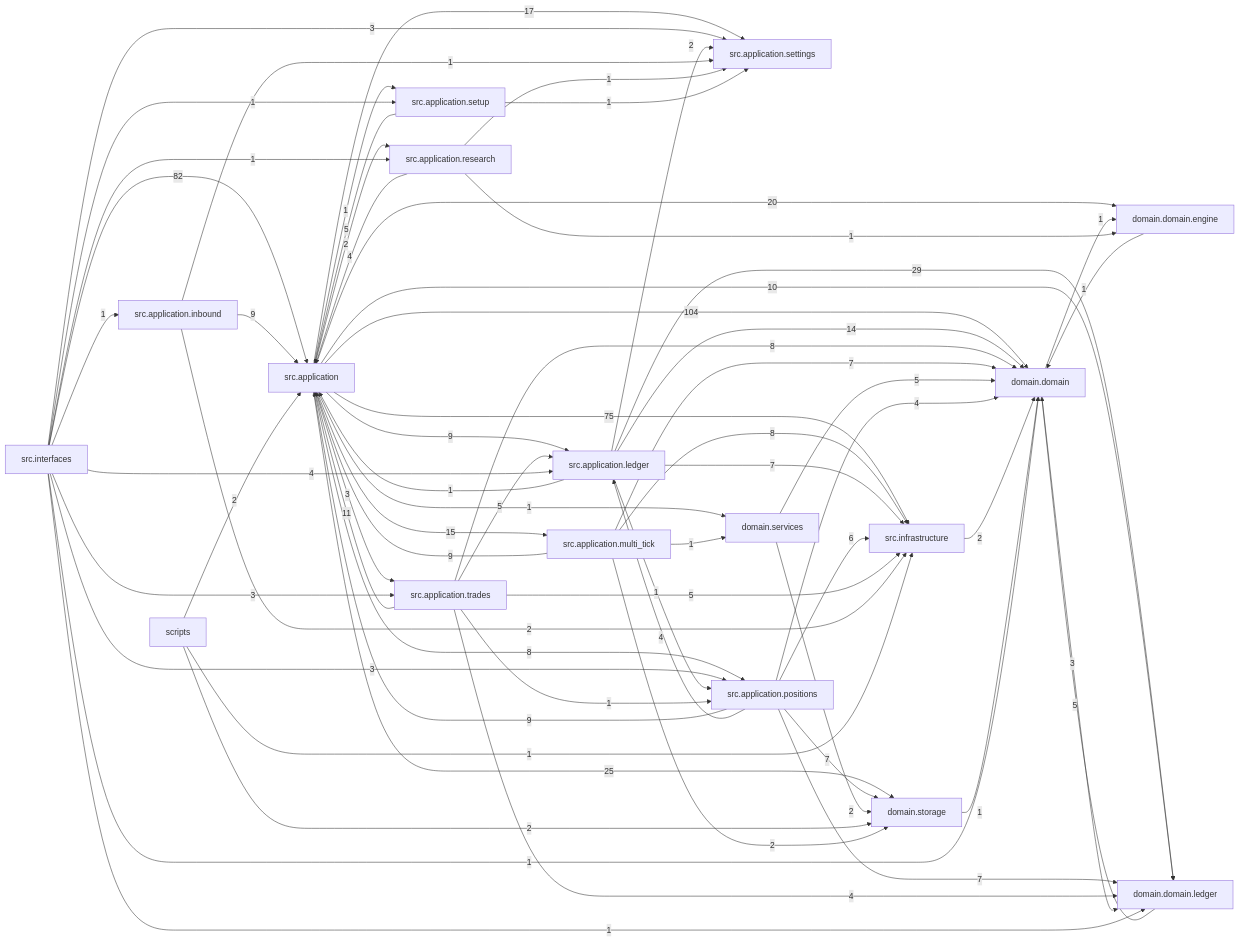
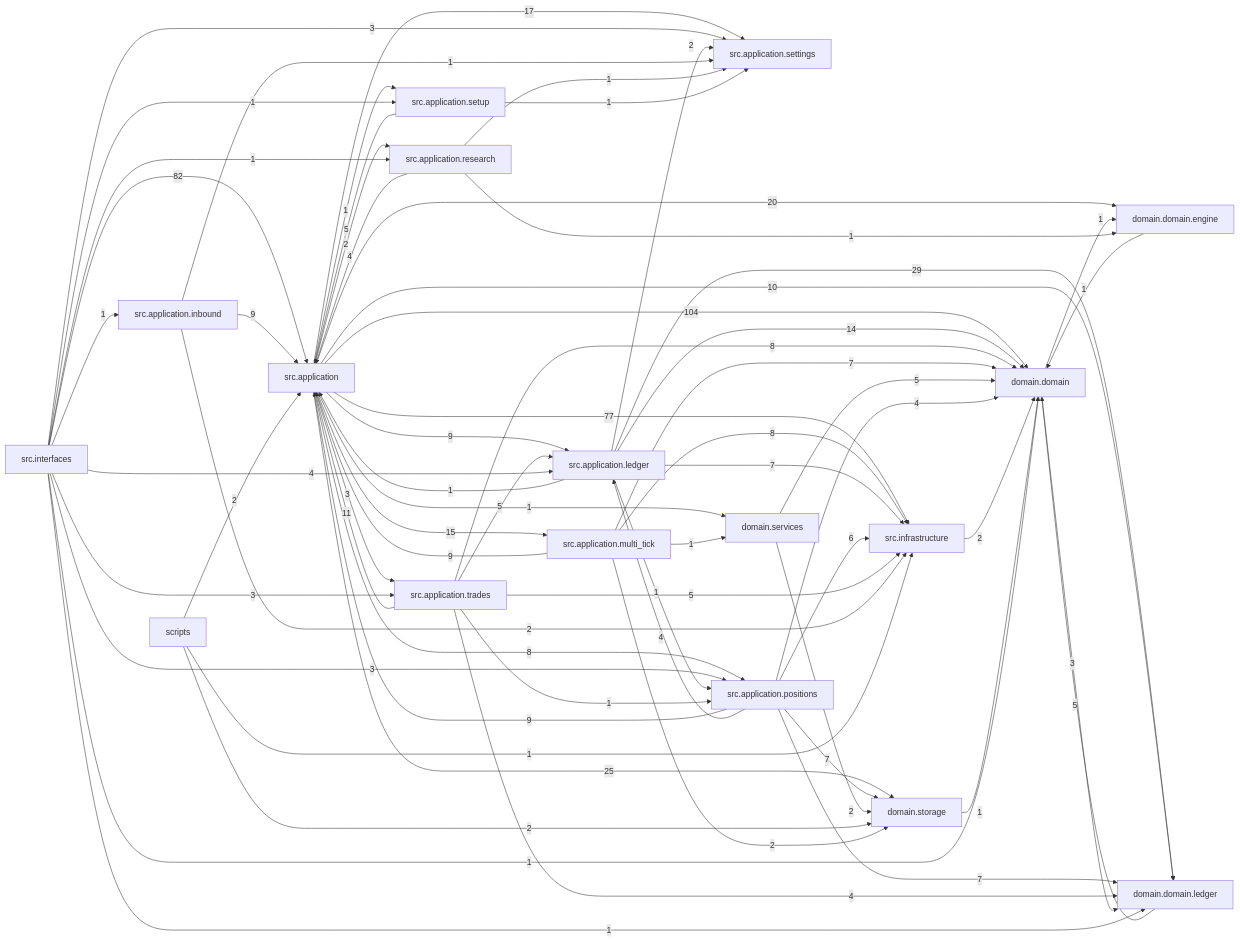
The diagram in docs/dependency_graph.mmd (liuxie066/options-monitor), drawn with Mermaid before and after one commit. The commit also changed 11 other files, not shown here.

```diff
--- a/docs/dependency_graph.mmd
+++ b/docs/dependency_graph.mmd
@@ -1,66 +1,66 @@
 flowchart LR
   src_application["src.application"] -->|104| domain_domain["domain.domain"]
   src_interfaces["src.interfaces"] -->|82| src_application["src.application"]
-  src_application["src.application"] -->|75| src_infrastructure["src.infrastructure"]
+  src_application["src.application"] -->|77| src_infrastructure["src.infrastructure"]
   src_application_ledger["src.application.ledger"] -->|29| domain_domain_ledger["domain.domain.ledger"]
   src_application["src.application"] -->|25| domain_storage["domain.storage"]
   src_application["src.application"] -->|20| domain_domain_engine["domain.domain.engine"]
   src_application["src.application"] -->|17| src_application_settings["src.application.settings"]
   src_application["src.application"] -->|15| src_application_multi_tick["src.application.multi_tick"]
   src_application_ledger["src.application.ledger"] -->|14| domain_domain["domain.domain"]
   src_application_trades["src.application.trades"] -->|11| src_application["src.application"]
   src_application["src.application"] -->|10| domain_domain_ledger["domain.domain.ledger"]
   src_application["src.application"] -->|9| src_application_ledger["src.application.ledger"]
   src_application_inbound["src.application.inbound"] -->|9| src_application["src.application"]
   src_application_multi_tick["src.application.multi_tick"] -->|9| src_application["src.application"]
   src_application_positions["src.application.positions"] -->|9| src_application["src.application"]
   src_application["src.application"] -->|8| src_application_positions["src.application.positions"]
   src_application_multi_tick["src.application.multi_tick"] -->|8| src_infrastructure["src.infrastructure"]
   src_application_trades["src.application.trades"] -->|8| domain_domain["domain.domain"]
   src_application_ledger["src.application.ledger"] -->|7| src_infrastructure["src.infrastructure"]
   src_application_multi_tick["src.application.multi_tick"] -->|7| domain_domain["domain.domain"]
   src_application_positions["src.application.positions"] -->|7| domain_domain_ledger["domain.domain.ledger"]
   src_application_positions["src.application.positions"] -->|7| domain_storage["domain.storage"]
   src_application_positions["src.application.positions"] -->|6| src_infrastructure["src.infrastructure"]
   domain_domain_ledger["domain.domain.ledger"] -->|5| domain_domain["domain.domain"]
   domain_services["domain.services"] -->|5| domain_domain["domain.domain"]
   src_application_setup["src.application.setup"] -->|5| src_application["src.application"]
   src_application_trades["src.application.trades"] -->|5| src_application_ledger["src.application.ledger"]
   src_application_trades["src.application.trades"] -->|5| src_infrastructure["src.infrastructure"]
   src_application_positions["src.application.positions"] -->|4| domain_domain["domain.domain"]
   src_application_positions["src.application.positions"] -->|4| src_application_ledger["src.application.ledger"]
   src_application_research["src.application.research"] -->|4| src_application["src.application"]
   src_application_trades["src.application.trades"] -->|4| domain_domain_ledger["domain.domain.ledger"]
   src_interfaces["src.interfaces"] -->|4| src_application_ledger["src.application.ledger"]
   domain_domain["domain.domain"] -->|3| domain_domain_ledger["domain.domain.ledger"]
   src_application["src.application"] -->|3| src_application_trades["src.application.trades"]
   src_interfaces["src.interfaces"] -->|3| src_application_positions["src.application.positions"]
   src_interfaces["src.interfaces"] -->|3| src_application_settings["src.application.settings"]
   src_interfaces["src.interfaces"] -->|3| src_application_trades["src.application.trades"]
   domain_services["domain.services"] -->|2| domain_storage["domain.storage"]
   scripts["scripts"] -->|2| domain_storage["domain.storage"]
   scripts["scripts"] -->|2| src_application["src.application"]
   src_application["src.application"] -->|2| src_application_research["src.application.research"]
   src_application_inbound["src.application.inbound"] -->|2| src_infrastructure["src.infrastructure"]
   src_application_ledger["src.application.ledger"] -->|2| src_application_settings["src.application.settings"]
   src_application_multi_tick["src.application.multi_tick"] -->|2| domain_storage["domain.storage"]
   src_infrastructure["src.infrastructure"] -->|2| domain_domain["domain.domain"]
   domain_domain["domain.domain"] -->|1| domain_domain_engine["domain.domain.engine"]
   domain_domain_engine["domain.domain.engine"] -->|1| domain_domain["domain.domain"]
   domain_storage["domain.storage"] -->|1| domain_domain["domain.domain"]
   scripts["scripts"] -->|1| src_infrastructure["src.infrastructure"]
   src_application["src.application"] -->|1| domain_services["domain.services"]
   src_application["src.application"] -->|1| src_application_setup["src.application.setup"]
   src_application_inbound["src.application.inbound"] -->|1| src_application_settings["src.application.settings"]
   src_application_ledger["src.application.ledger"] -->|1| src_application["src.application"]
   src_application_ledger["src.application.ledger"] -->|1| src_application_positions["src.application.positions"]
   src_application_multi_tick["src.application.multi_tick"] -->|1| domain_services["domain.services"]
   src_application_research["src.application.research"] -->|1| domain_domain_engine["domain.domain.engine"]
   src_application_research["src.application.research"] -->|1| src_application_settings["src.application.settings"]
   src_application_setup["src.application.setup"] -->|1| src_application_settings["src.application.settings"]
   src_application_trades["src.application.trades"] -->|1| src_application_positions["src.application.positions"]
   src_interfaces["src.interfaces"] -->|1| domain_domain["domain.domain"]
   src_interfaces["src.interfaces"] -->|1| domain_domain_ledger["domain.domain.ledger"]
   src_interfaces["src.interfaces"] -->|1| src_application_inbound["src.application.inbound"]
   src_interfaces["src.interfaces"] -->|1| src_application_research["src.application.research"]
   src_interfaces["src.interfaces"] -->|1| src_application_setup["src.application.setup"]
```
